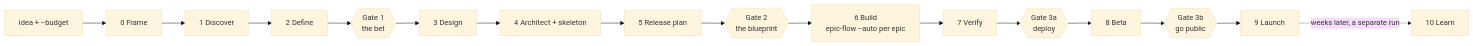
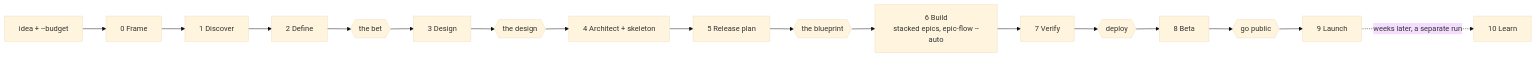
Before and after one commit to sultanassi95/mission-control: the diagram in .claude/skills/product-flow/SKILL.md, drawn with Mermaid (base theme). The commit also changed other lines of this file and 6 other files, not shown here.

First line of the commit message:
feat(mc-091): add a design gate to /product-flow, and name every gate instead of numbering it

````diff
--- a/.claude/skills/product-flow/SKILL.md
+++ b/.claude/skills/product-flow/SKILL.md
@@ -21,8 +21,8 @@
 ```mermaid
 flowchart LR
-  I[idea + --budget] --> P0[0 Frame] --> P1[1 Discover] --> P2[2 Define] --> G1{{Gate 1<br/>the bet}}
-  G1 --> P3[3 Design] --> P4[4 Architect + skeleton] --> P5[5 Release plan] --> G2{{Gate 2<br/>the blueprint}}
-  G2 --> P6[6 Build<br/>epic-flow --auto per epic] --> P7[7 Verify] --> G3a{{Gate 3a<br/>deploy}}
-  G3a --> P8[8 Beta] --> G3b{{Gate 3b<br/>go public}} --> P9[9 Launch]
+  I[idea + --budget] --> P0[0 Frame] --> P1[1 Discover] --> P2[2 Define] --> G1{{the bet}}
+  G1 --> P3[3 Design] --> GD{{the design}} --> P4[4 Architect + skeleton] --> P5[5 Release plan] --> G2{{the blueprint}}
+  G2 --> P6[6 Build<br/>stacked epics, epic-flow --auto] --> P7[7 Verify] --> G3a{{deploy}}
+  G3a --> P8[8 Beta] --> G3b{{go public}} --> P9[9 Launch]
   P9 -.->|weeks later, a separate run| P10[10 Learn]
 ```
````
